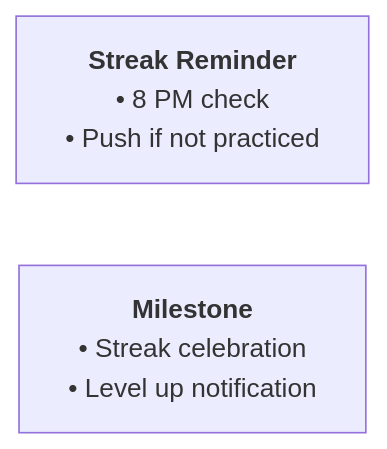
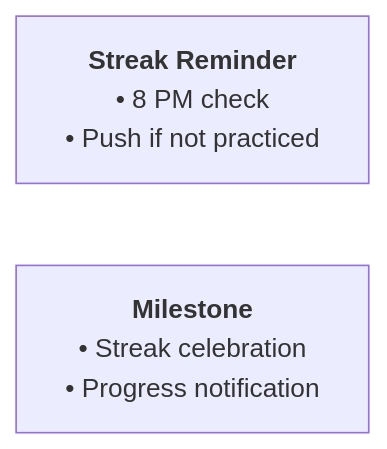
Before and after one commit to Willayam/maxa: the eighth of 8 diagrams in docs/ROADMAP.md, drawn with Mermaid. The commit also changed other lines of this file and 24 other files, not shown here.

````diff
--- a/docs/ROADMAP.md
+++ b/docs/ROADMAP.md
@@ -138,5 +138,5 @@
 ```mermaid
 flowchart LR
     A["<b>Streak Reminder</b><br/>• 8 PM check<br/>• Push if not practiced"]
-    B["<b>Milestone</b><br/>• Streak celebration<br/>• Level up notification"]
+    B["<b>Milestone</b><br/>• Streak celebration<br/>• Progress notification"]
 ```
````
